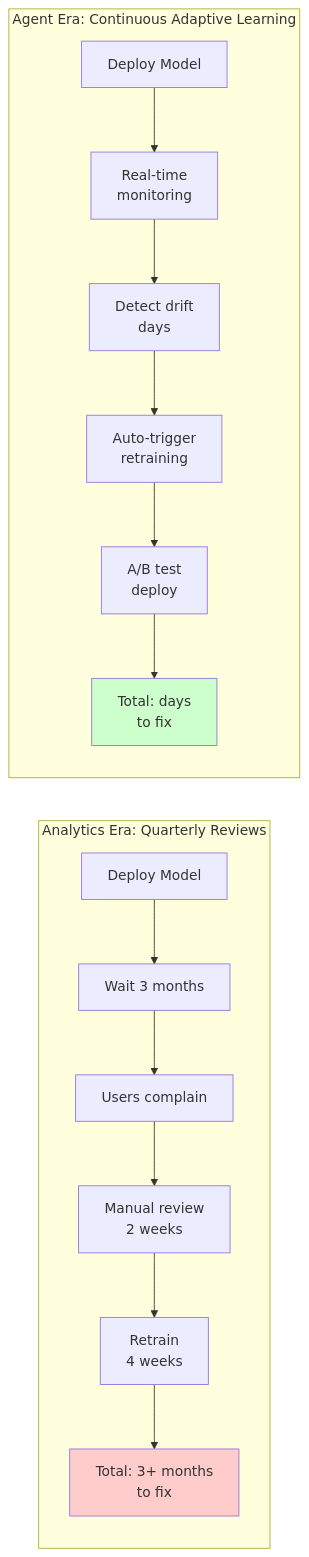
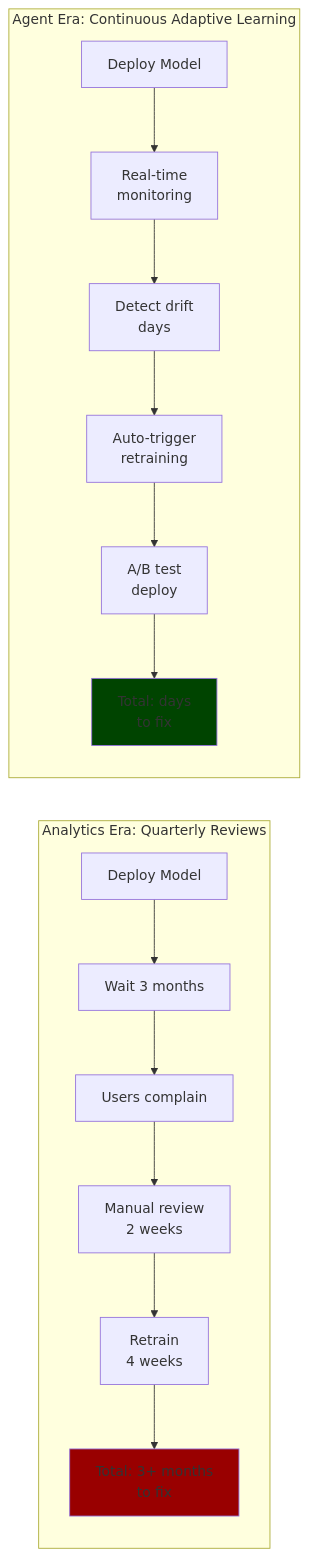
Before and after one commit to colaberry/enterprise-data-readiness-ai-agents: the sixth of 8 diagrams in chapter-00/chapter_00_complete.md, drawn with Mermaid. The commit also changed other lines of this file, not shown here.

````diff
--- a/chapter-00/chapter_00_complete.md
+++ b/chapter-00/chapter_00_complete.md
@@ -407,21 +408,21 @@
 ```mermaid
 graph LR
     subgraph "Analytics Era: Quarterly Reviews"
         A1[Deploy Model] --> A2[Wait 3 months]
         A2 --> A3[Users complain]
         A3 --> A4[Manual review<br/>2 weeks]
         A4 --> A5[Retrain<br/>4 weeks]
         A5 --> A6[Total: 3+ months<br/>to fix]
     end
     
     subgraph "Agent Era: Continuous Adaptive Learning"
         B1[Deploy Model] --> B2[Real-time<br/>monitoring]
         B2 --> B3[Detect drift<br/>days]
         B3 --> B4[Auto-trigger<br/>retraining]
         B4 --> B5[A/B test<br/>deploy]
         B5 --> B6[Total: days<br/>to fix]
     end
     
-    style A6 fill:#ffcccc
-    style B6 fill:#ccffcc
+    style A6 fill:#990000
+    style B6 fill:#004400
 ```
````
